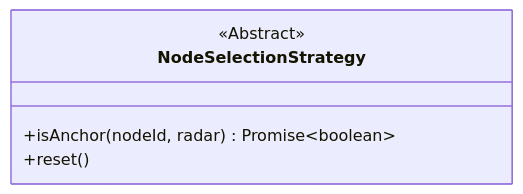
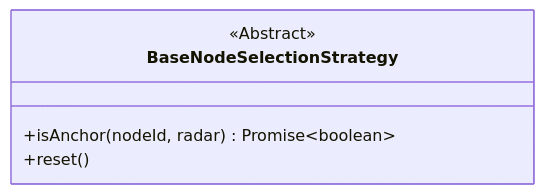
Before and after one commit to DrMarcoGilardi/BRANI-360: the sixth of 49 diagrams in docs/CLIENT_DOCS.md, drawn with Mermaid. The commit also changed other lines of this file and 2 other files, not shown here.

````diff
--- a/docs/CLIENT_DOCS.md
+++ b/docs/CLIENT_DOCS.md
@@ -133,8 +133,8 @@
 ```mermaid
 classDiagram
-class NodeSelectionStrategy{
+class BaseNodeSelectionStrategy{
 <<Abstract>>
 +isAnchor(nodeId, radar) Promise~boolean~
 +reset()
 }
 ```
````
